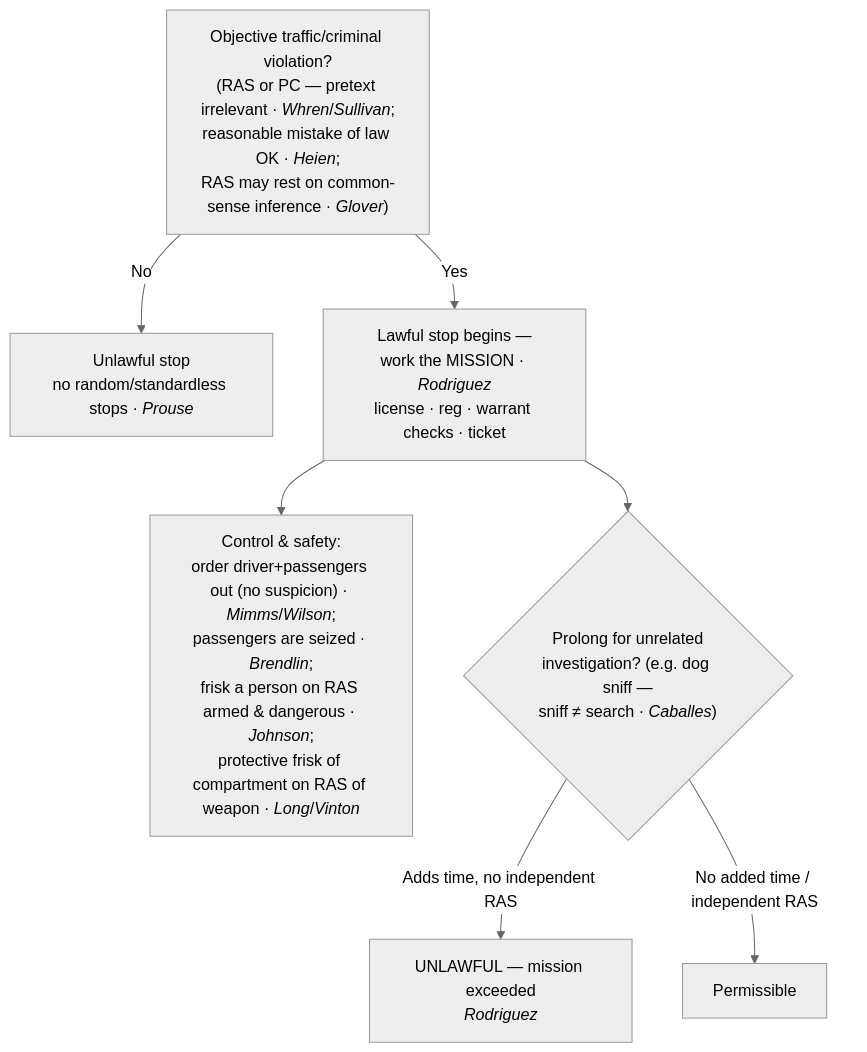
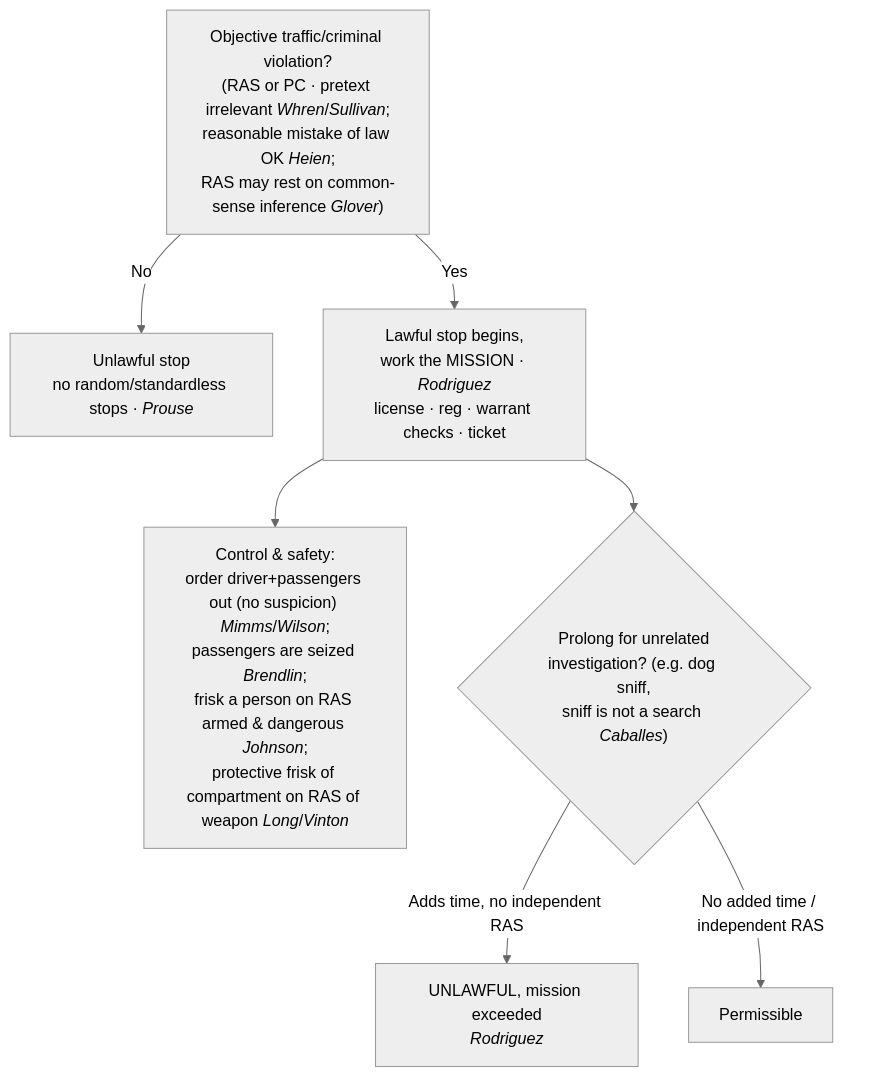
The diagram in content/seizures/Traffic Stops.md (Enragedsaturday/enragedsaturday.github.io), drawn with Mermaid (neutral theme) before and after one commit. The commit also changed other lines of this file and 4 other files, not shown here.

````diff
--- a/content/seizures/Traffic Stops.md
+++ b/content/seizures/Traffic Stops.md
@@ -102,9 +113,9 @@
 ```mermaid
 flowchart TD
-  A["Objective traffic/criminal violation?<br/>(RAS or PC — pretext irrelevant · <i>Whren</i>/<i>Sullivan</i>;<br/>reasonable mistake of law OK · <i>Heien</i>;<br/>RAS may rest on common-sense inference · <i>Glover</i>)"] -->|No| X["Unlawful stop<br/>no random/standardless stops · <i>Prouse</i>"]
-  A -->|Yes| M["Lawful stop begins —<br/>work the MISSION · <i>Rodriguez</i><br/>license · reg · warrant checks · ticket"]
-  M --> C["Control & safety:<br/>order driver+passengers out (no suspicion) · <i>Mimms</i>/<i>Wilson</i>;<br/>passengers are seized · <i>Brendlin</i>;<br/>frisk a person on RAS armed &amp; dangerous · <i>Johnson</i>;<br/>protective frisk of compartment on RAS of weapon · <i>Long</i>/<i>Vinton</i>"]
-  M --> P{"Prolong for unrelated<br/>investigation? (e.g. dog sniff —<br/>sniff ≠ search · <i>Caballes</i>)"}
-  P -->|"Adds time, no independent RAS"| U["UNLAWFUL — mission exceeded<br/><i>Rodriguez</i>"]
+  A["Objective traffic/criminal violation?<br/>(RAS or PC · pretext irrelevant <i>Whren</i>/<i>Sullivan</i>;<br/>reasonable mistake of law OK <i>Heien</i>;<br/>RAS may rest on common-sense inference <i>Glover</i>)"] -->|No| X["Unlawful stop<br/>no random/standardless stops · <i>Prouse</i>"]
+  A -->|Yes| M["Lawful stop begins,<br/>work the MISSION · <i>Rodriguez</i><br/>license · reg · warrant checks · ticket"]
+  M --> C["Control &amp; safety:<br/>order driver+passengers out (no suspicion) <i>Mimms</i>/<i>Wilson</i>;<br/>passengers are seized <i>Brendlin</i>;<br/>frisk a person on RAS armed &amp; dangerous <i>Johnson</i>;<br/>protective frisk of compartment on RAS of weapon <i>Long</i>/<i>Vinton</i>"]
+  M --> P{"Prolong for unrelated<br/>investigation? (e.g. dog sniff,<br/>sniff is not a search <i>Caballes</i>)"}
+  P -->|"Adds time, no independent RAS"| U["UNLAWFUL, mission exceeded<br/><i>Rodriguez</i>"]
   P -->|"No added time / independent RAS"| OK["Permissible"]
 ```
````
